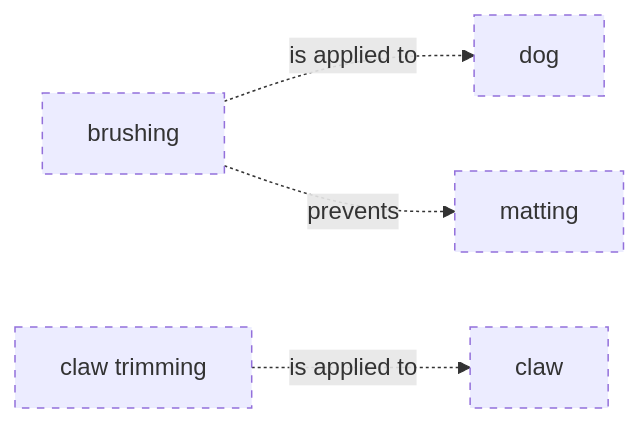
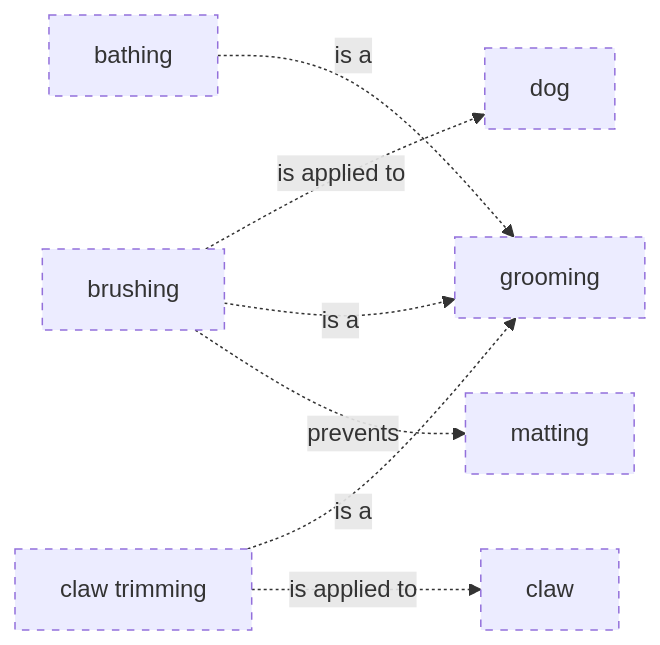
Before and after one commit to belaboros/DomainAiAssistant: diagram 34 of 57 in data/ontology-pets-and-house-rules/03_release/00_raw/level-2.md, drawn with Mermaid. The commit also changed other lines of this file and 16 other files, not shown here.

First line of the commit message:
T39 (spec 0002): level diagrams near 16:9, is-a edges in relation diagrams

````diff
--- a/data/ontology-pets-and-house-rules/03_release/00_raw/level-2.md
+++ b/data/ontology-pets-and-house-rules/03_release/00_raw/level-2.md
@@ -575,13 +611,18 @@
 ```mermaid
 flowchart LR
     classDef draft stroke-dasharray: 5 5
+    cn_01M82H394WWKSMY0HG5WFCNGAC["bathing"]
     cn_01M82GN67QTV2KDH6NRHKR2RZZ["brushing"]
     cn_01M82GN67QTV2KDH6NRHKR2S01["claw"]
     cn_01M82GN67QTV2KDH6NRHKR2S00["claw trimming"]
     cn_01M82GJP3CRKNX3DNJZDNANDWM["dog"]
+    cn_01M82GKFJ96730WAHGQQD3M95H["grooming"]
     cn_01M82H394WWKSMY0HG5WFCNGAE["matting"]
     cn_01M82GN67QTV2KDH6NRHKR2RZZ -. "is applied to" .-> cn_01M82GJP3CRKNX3DNJZDNANDWM
+    cn_01M82GN67QTV2KDH6NRHKR2RZZ -. "is a" .-> cn_01M82GKFJ96730WAHGQQD3M95H
     cn_01M82GN67QTV2KDH6NRHKR2RZZ -. "prevents" .-> cn_01M82H394WWKSMY0HG5WFCNGAE
+    cn_01M82GN67QTV2KDH6NRHKR2S00 -. "is a" .-> cn_01M82GKFJ96730WAHGQQD3M95H
     cn_01M82GN67QTV2KDH6NRHKR2S00 -. "is applied to" .-> cn_01M82GN67QTV2KDH6NRHKR2S01
-    class cn_01M82GN67QTV2KDH6NRHKR2RZZ,cn_01M82GN67QTV2KDH6NRHKR2S01,cn_01M82GN67QTV2KDH6NRHKR2S00,cn_01M82GJP3CRKNX3DNJZDNANDWM,cn_01M82H394WWKSMY0HG5WFCNGAE draft
+    cn_01M82H394WWKSMY0HG5WFCNGAC -. "is a" .-> cn_01M82GKFJ96730WAHGQQD3M95H
+    class cn_01M82H394WWKSMY0HG5WFCNGAC,cn_01M82GN67QTV2KDH6NRHKR2RZZ,cn_01M82GN67QTV2KDH6NRHKR2S01,cn_01M82GN67QTV2KDH6NRHKR2S00,cn_01M82GJP3CRKNX3DNJZDNANDWM,cn_01M82GKFJ96730WAHGQQD3M95H,cn_01M82H394WWKSMY0HG5WFCNGAE draft
 ```
````
